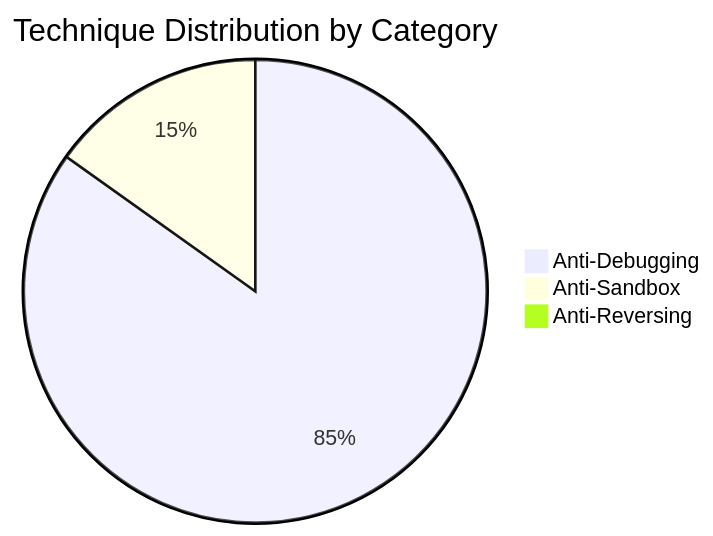
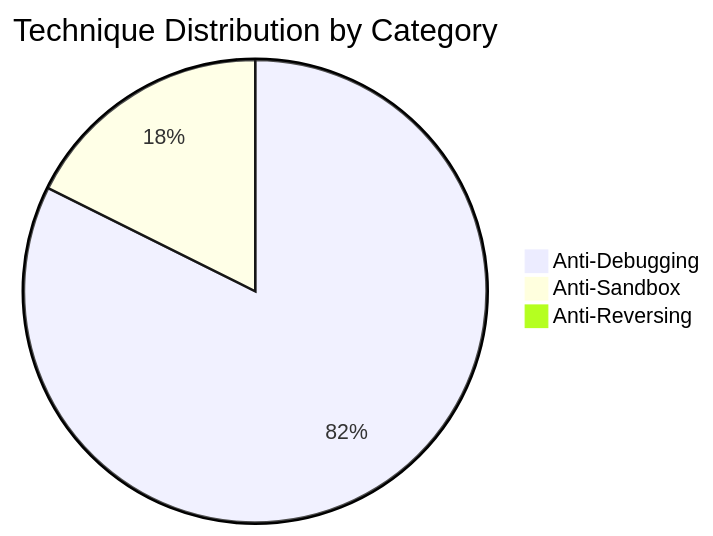
One commit to mabj/anti changed the second of 8 diagrams in docs/diagrams/taxonomy.md. Above: the diagram before and after it, drawn with Mermaid. The commit also changed other lines of this file and 11 other files, not shown here.

Commit message:
Adding 2 time-based anti-sandbox techniques AS011 and AS012

````diff
--- a/docs/diagrams/taxonomy.md
+++ b/docs/diagrams/taxonomy.md
@@ -34,6 +34,6 @@
 ```mermaid
 pie title Technique Distribution by Category
     "Anti-Debugging" : 56
-    "Anti-Sandbox" : 10
+    "Anti-Sandbox" : 12
     "Anti-Reversing" : 0
 ```
````
